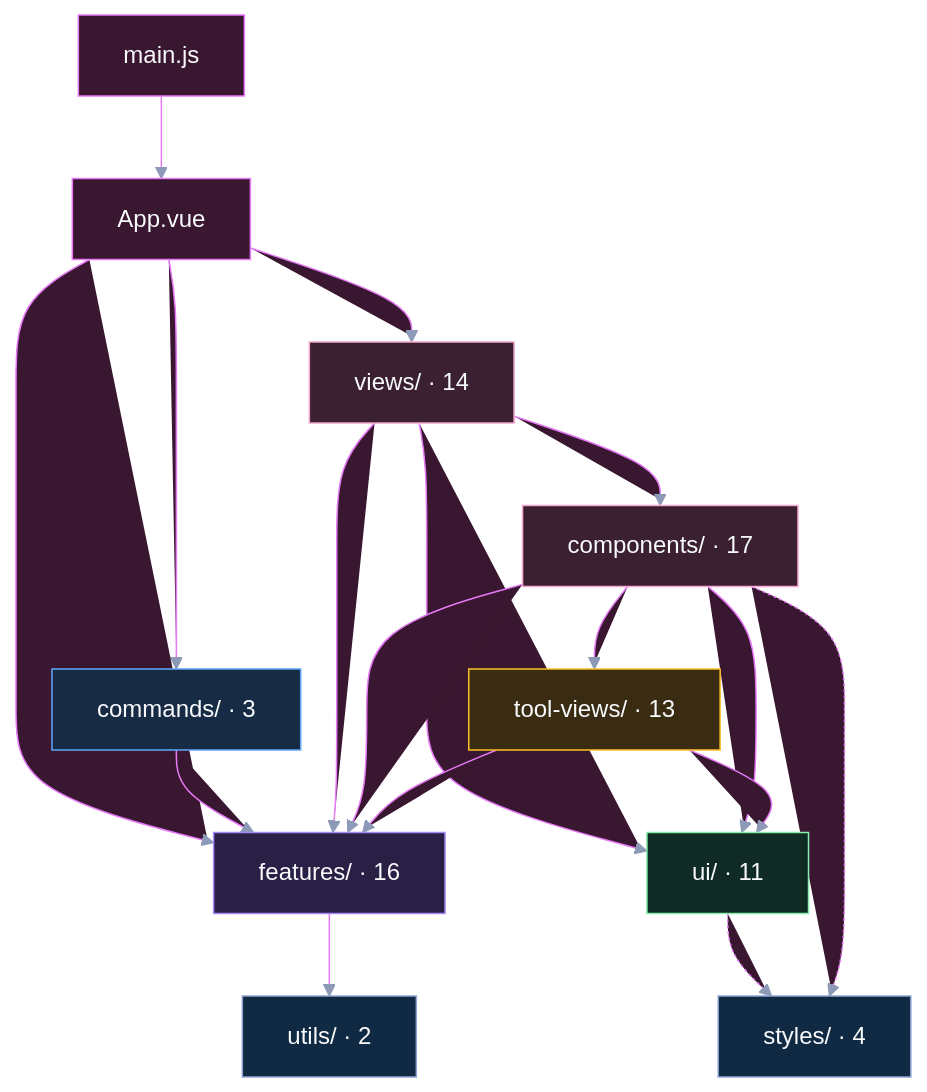
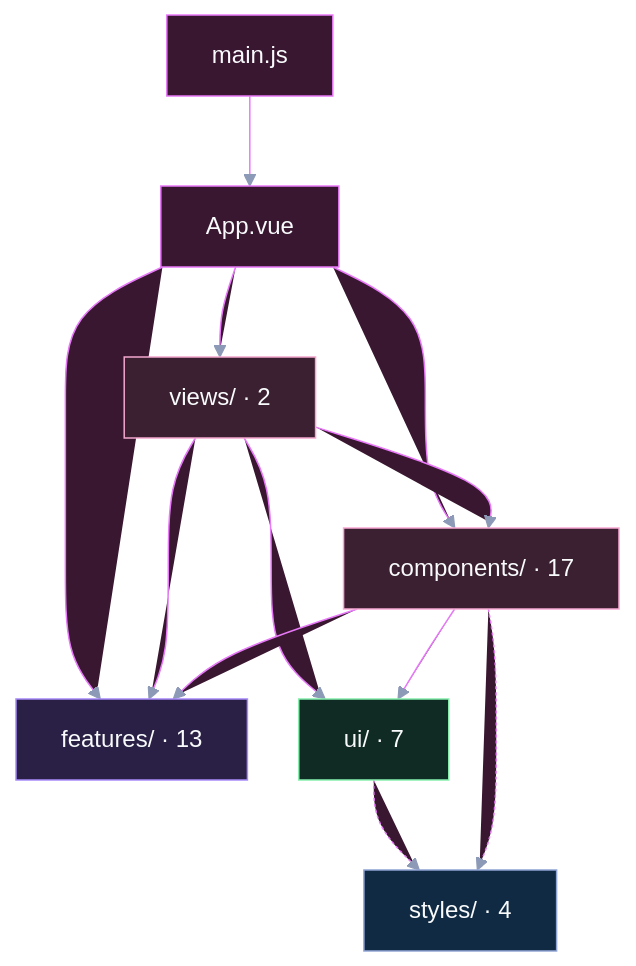
The diagram in docs/frontend-target-layers.mmd (kernel4632/agent), drawn with Mermaid before and after one commit. The commit also changed 7 other files, not shown here.

```diff
--- a/docs/frontend-target-layers.mmd
+++ b/docs/frontend-target-layers.mmd
@@ -1,34 +1,25 @@
-%%{init: {'theme':'base','themeVariables':{'fontFamily':'ui-monospace, monospace','fontSize':'16px','primaryColor':'#241c35','primaryBorderColor':'#b5a4d5','primaryTextColor':'#f8fafc','lineColor':'#8d9ab7','clusterBkg':'#151521','clusterBorder':'#60526d','edgeLabelBackground':'#171822'},'flowchart':{'htmlLabels':false,'useMaxWidth':true,'nodeSpacing':28,'rankSpacing':55}}}%%
+%%{init: {'theme':'base','themeVariables':{'fontFamily':'ui-monospace, monospace','fontSize':'16px','primaryColor':'#241c35','primaryBorderColor':'#b5a4d5','primaryTextColor':'#f8fafc','lineColor':'#8d9ab7','clusterBkg':'#151521','clusterBorder':'#60526d','edgeLabelBackground':'#171822'},'flowchart':{'htmlLabels':false,'useMaxWidth':true,'nodeSpacing':30,'rankSpacing':60}}}%%
 flowchart TB
   main["main.js"] --> app["App.vue"]
-  app --> commands["commands/ · 3"]
-  app --> views["views/ · 14"]
-  app --> features["features/ · 16"]
-  commands --> features
-  views --> components["components/ · 17"]
+  app --> views["views/ · 2"]
+  app --> components["components/ · 17"]
+  app --> features["features/ · 13"]
+  views --> components
   views --> features
-  views --> ui["ui/ · 11"]
-  components --> toolViews["tool-views/ · 13"]
+  views --> ui["ui/ · 7"]
   components --> features
   components --> ui
-  toolViews --> features
-  toolViews --> ui
-  features --> utils["utils/ · 2"]
   ui -.-> styles["styles/ · 4"]
   components -.-> styles
   classDef root fill:#3a1730,stroke:#e879f9,color:#f8fafc
-  classDef cmd fill:#172b45,stroke:#60a5fa,color:#f8fafc
   classDef feat fill:#2a1f44,stroke:#a78bfa,color:#f8fafc
   classDef view fill:#3a2030,stroke:#f3a6ce,color:#f8fafc
   classDef comp fill:#3a2030,stroke:#f9a8d4,color:#f8fafc
-  classDef tool fill:#3a2c12,stroke:#fbbf24,color:#f8fafc
   classDef kit fill:#102a24,stroke:#86efac,color:#f8fafc
   classDef base fill:#102a43,stroke:#91a5d5,color:#f8fafc
   class main,app root
-  class commands cmd
   class features feat
   class views view
   class components comp
-  class toolViews tool
   class ui kit
-  class utils,styles base
+  class styles base
```
